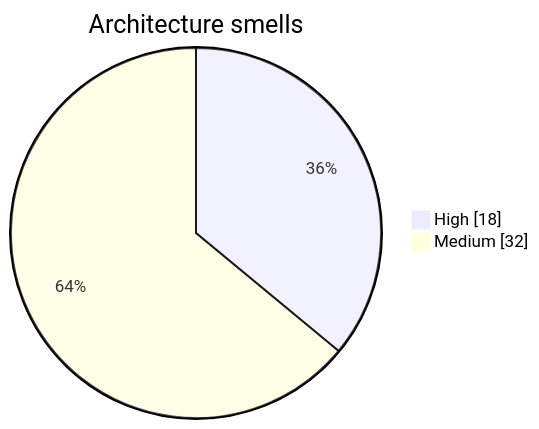
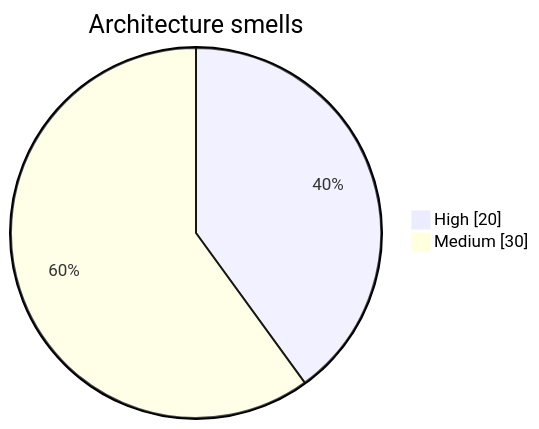
One commit to wolframs/jspace-probes changed diagram 14 of 15 in .mentis/context/graphs.md. Above: the diagram before and after it, drawn with Mermaid. The commit also changed other lines of this file and 63 other files, not shown here.

````diff
--- a/.mentis/context/graphs.md
+++ b/.mentis/context/graphs.md
@@ -288,5 +288,5 @@
 ```mermaid
 pie showData title Architecture smells
-    "High" : 18
-    "Medium" : 32
+    "High" : 20
+    "Medium" : 30
 ```
````
